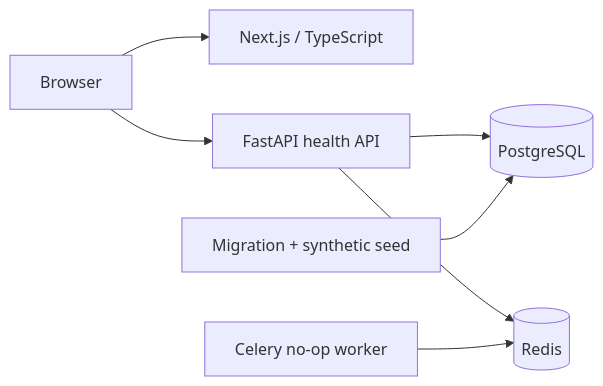
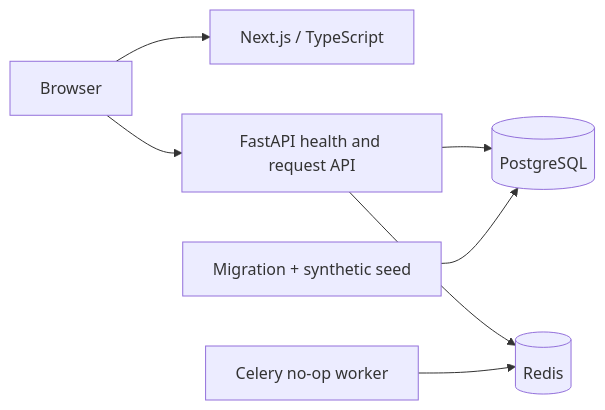
One commit to ahmad2474/actiondesk changed the diagram in README.md. Above: the diagram before and after it, drawn with Mermaid. The commit also changed other lines of this file and 23 other files, not shown here.

````diff
--- a/README.md
+++ b/README.md
@@ -36,9 +36,9 @@
 ```mermaid
 flowchart LR
     Browser --> Web[Next.js / TypeScript]
-    Browser --> API[FastAPI health API]
+    Browser --> API[FastAPI health and request API]
     API --> DB[(PostgreSQL)]
     API --> Redis[(Redis)]
     Bootstrap[Migration + synthetic seed] --> DB
     Worker[Celery no-op worker] --> Redis
 ```
````
